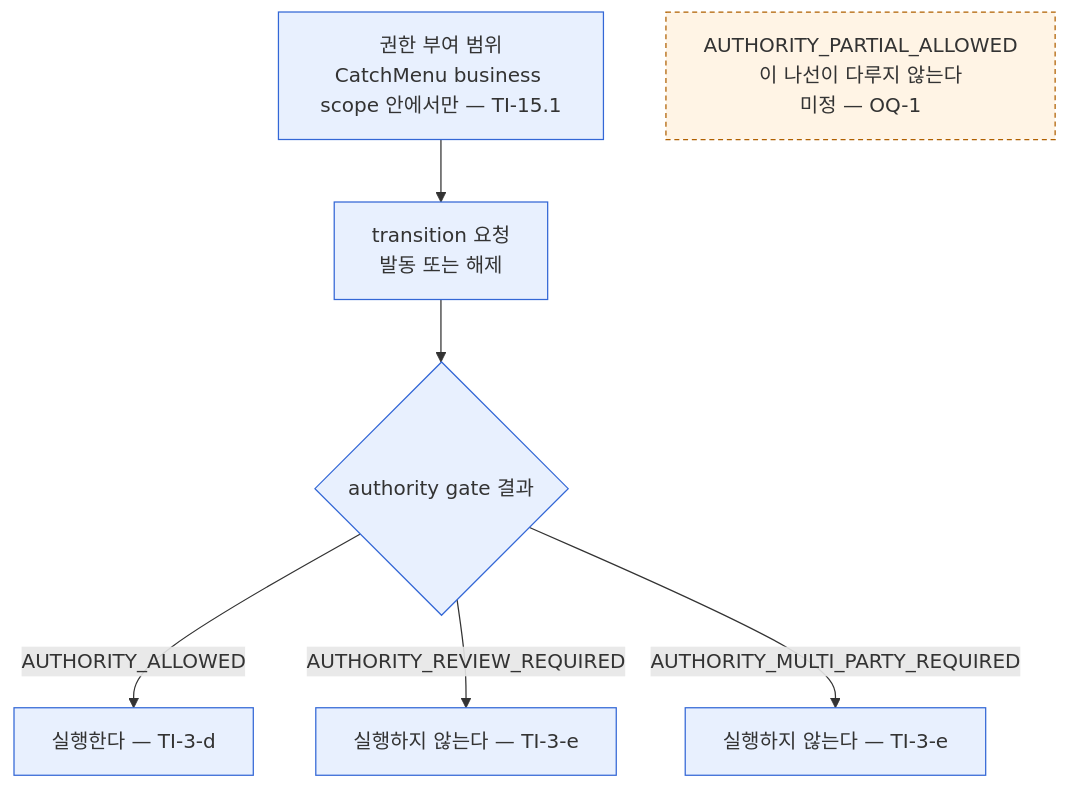
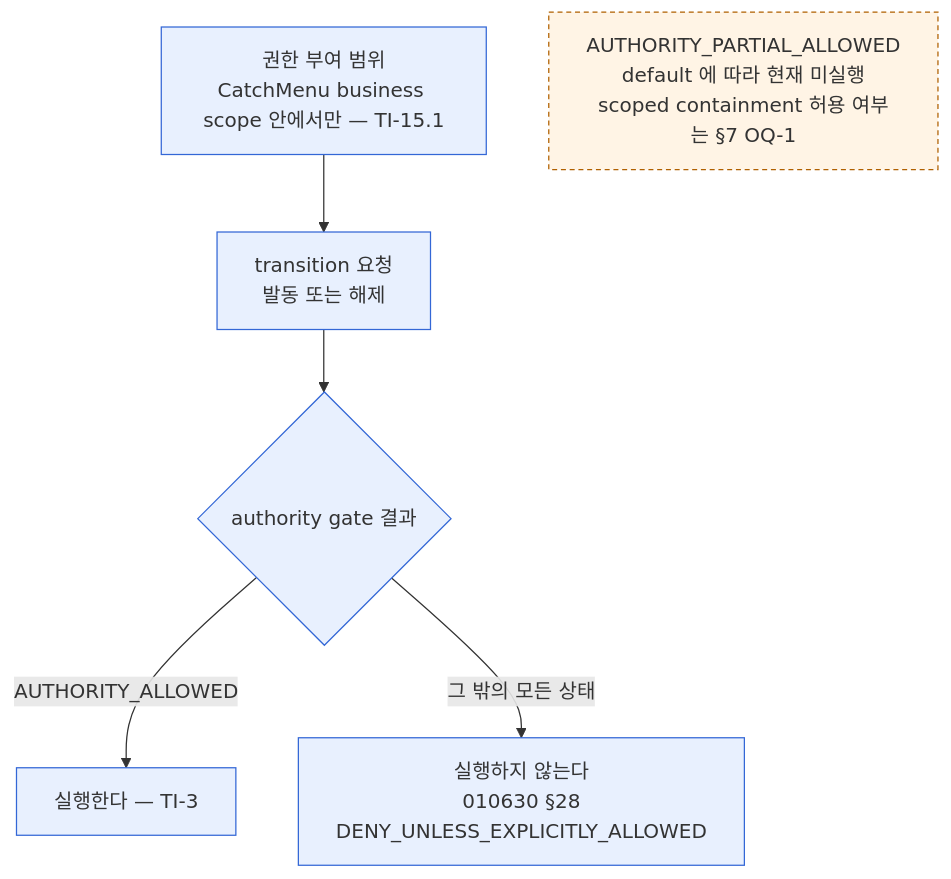
Before and after one commit to mirunubi/yoonsul_wait_order_handoff: the fifth of 8 diagrams in docs/600000_implementation_lifecycle/601900_tenant_isolation_axis_v2/601905_Diagram_Tenant_Isolation_Axis_Model.md, drawn with Mermaid. The commit also changed other lines of this file, not shown here.

````diff
--- a/docs/600000_implementation_lifecycle/601900_tenant_isolation_axis_v2/601905_Diagram_Tenant_Isolation_Axis_Model.md
+++ b/docs/600000_implementation_lifecycle/601900_tenant_isolation_axis_v2/601905_Diagram_Tenant_Isolation_Axis_Model.md
@@ -276,16 +295,15 @@
 ```mermaid
 flowchart TB
   SCOPE["권한 부여 범위<br/>CatchMenu business scope 안에서만 — TI-15.1"] --> REQ
   REQ["transition 요청<br/>발동 또는 해제"] --> GATE{"authority gate 결과"}
 
-  GATE -->|"AUTHORITY_ALLOWED"| RUN["실행한다 — TI-3-d"]
-  GATE -->|"AUTHORITY_REVIEW_REQUIRED"| STOP1["실행하지 않는다 — TI-3-e"]
-  GATE -->|"AUTHORITY_MULTI_PARTY_REQUIRED"| STOP2["실행하지 않는다 — TI-3-e"]
+  GATE -->|"AUTHORITY_ALLOWED"| RUN["실행한다 — TI-3"]
+  GATE -->|"그 밖의 모든 상태"| STOP["실행하지 않는다<br/>010630 §28<br/>DENY_UNLESS_EXPLICITLY_ALLOWED"]
 
-  OPEN["AUTHORITY_PARTIAL_ALLOWED<br/>이 나선이 다루지 않는다<br/>미정 — OQ-1"]
+  OPEN["AUTHORITY_PARTIAL_ALLOWED<br/>default 에 따라 현재 미실행<br/>scoped containment 허용 여부는 §7 OQ-1"]
 
   classDef decided fill:#e8f0fe,stroke:#3367d6,stroke-width:1px
   classDef undecided fill:#fff4e5,stroke:#b06000,stroke-width:1px,stroke-dasharray:4 3
-  class SCOPE,REQ,GATE,RUN,STOP1,STOP2 decided
+  class SCOPE,REQ,GATE,RUN,STOP decided
   class OPEN undecided
 ```
````
